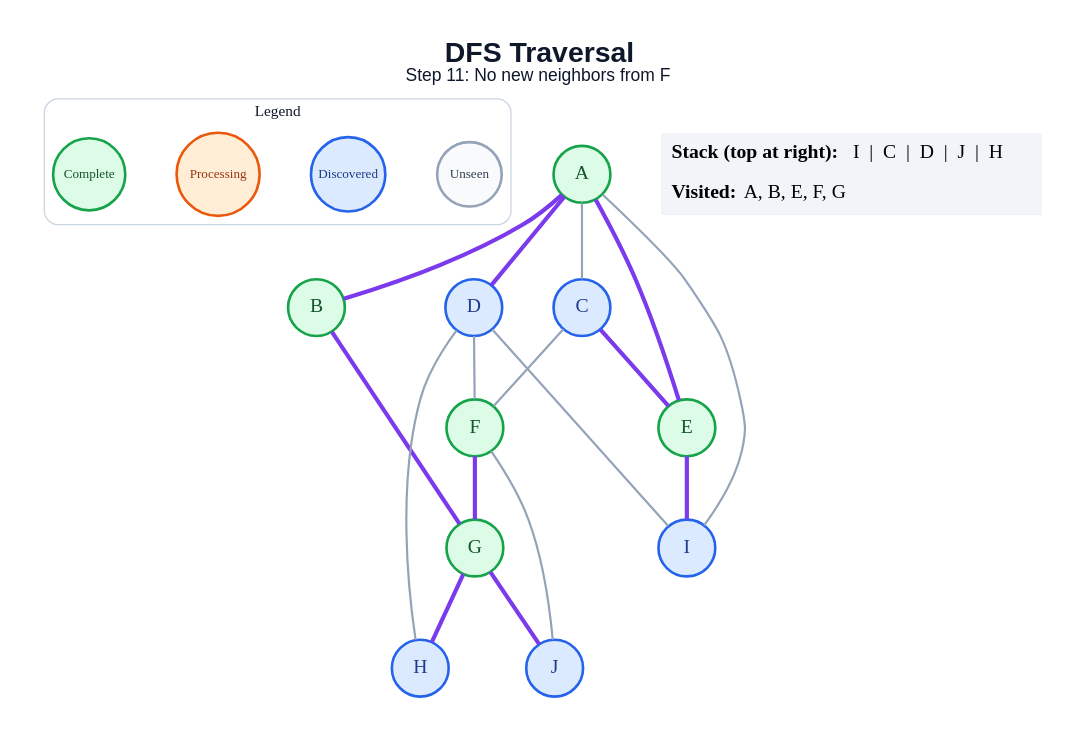
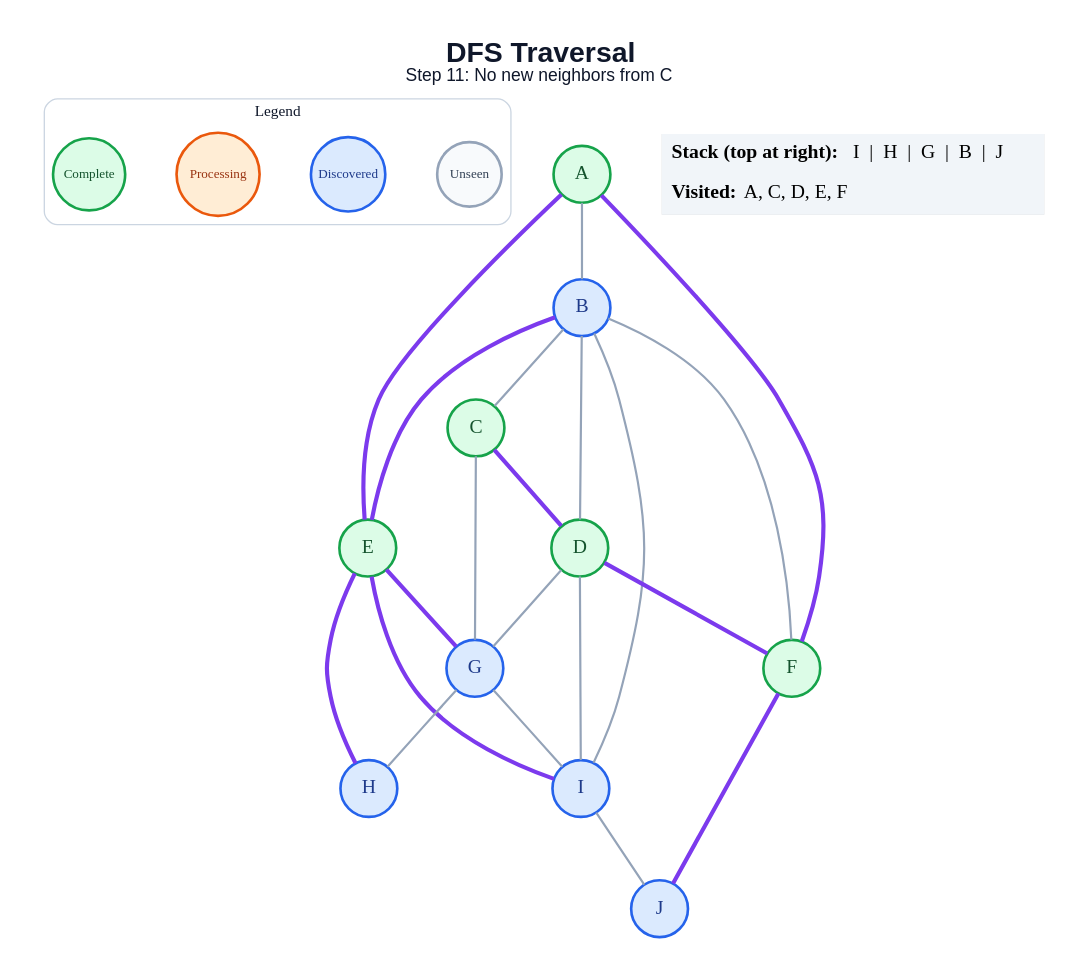
One commit to amanghodawala9/ai-slop changed the diagram in generated/specific-node/dfs/step_11.dot. Above: the diagram before and after it, drawn with Graphviz. The commit also changed 178 other files, not shown here.

```diff
--- a/generated/specific-node/dfs/step_11.dot
+++ b/generated/specific-node/dfs/step_11.dot
@@ -1,45 +1,49 @@
 graph traversal {
   graph [layout=dot, rankdir=TB, bgcolor="#FFFFFF", pad="0.35", nodesep="0.65", ranksep="0.8", fontname="Arial"];
   node [shape=circle, style="filled", fontname="Arial Bold", fontsize=18, width=0.72, fixedsize=true, penwidth=2.4];
   edge [color="#94A3B8", penwidth=2.0];
-  label=<<B>DFS Traversal</B><BR/><FONT POINT-SIZE="16">Step 11: No new neighbors from F</FONT>>; labelloc="t"; fontsize=26; fontname="Arial"; fontcolor="#0F172A";
+  label=<<B>DFS Traversal</B><BR/><FONT POINT-SIZE="16">Step 11: No new neighbors from C</FONT>>; labelloc="t"; fontsize=26; fontname="Arial"; fontcolor="#0F172A";
   subgraph cluster_legend { label="Legend"; color="#CBD5E1"; penwidth=1.2; style="rounded"; fontsize=14; fontname="Arial Bold";
     key_unseen [label="Unseen", fillcolor="#F8FAFC", color="#94A3B8", fontcolor="#334155", fontsize=12, width=0.82];
     key_frontier [label="Discovered", fillcolor="#DBEAFE", color="#2563EB", fontcolor="#1E3A8A", fontsize=12, width=0.95];
     key_current [label="Processing", fillcolor="#FFEDD5", color="#EA580C", fontcolor="#9A3412", fontsize=12, width=1.05];
     key_done [label="Complete", fillcolor="#DCFCE7", color="#16A34A", fontcolor="#14532D", fontsize=12, width=0.92];
     { rank=same; key_unseen; key_frontier; key_current; key_done; }
   }
   A [fillcolor="#DCFCE7", color="#16A34A", fontcolor="#14532D"];
-  B [fillcolor="#DCFCE7", color="#16A34A", fontcolor="#14532D"];
-  C [fillcolor="#DBEAFE", color="#2563EB", fontcolor="#1E3A8A"];
-  D [fillcolor="#DBEAFE", color="#2563EB", fontcolor="#1E3A8A"];
+  B [fillcolor="#DBEAFE", color="#2563EB", fontcolor="#1E3A8A"];
+  C [fillcolor="#DCFCE7", color="#16A34A", fontcolor="#14532D"];
+  D [fillcolor="#DCFCE7", color="#16A34A", fontcolor="#14532D"];
   E [fillcolor="#DCFCE7", color="#16A34A", fontcolor="#14532D"];
   F [fillcolor="#DCFCE7", color="#16A34A", fontcolor="#14532D"];
-  G [fillcolor="#DCFCE7", color="#16A34A", fontcolor="#14532D"];
+  G [fillcolor="#DBEAFE", color="#2563EB", fontcolor="#1E3A8A"];
   H [fillcolor="#DBEAFE", color="#2563EB", fontcolor="#1E3A8A"];
   I [fillcolor="#DBEAFE", color="#2563EB", fontcolor="#1E3A8A"];
   J [fillcolor="#DBEAFE", color="#2563EB", fontcolor="#1E3A8A"];
-  A -- B [color="#7C3AED", penwidth=3.8];
-  A -- C;
-  A -- D [color="#7C3AED", penwidth=3.8];
+  A -- B;
   A -- E [color="#7C3AED", penwidth=3.8];
-  A -- I;
-  B -- G [color="#7C3AED", penwidth=3.8];
-  C -- E [color="#7C3AED", penwidth=3.8];
-  C -- F;
-  D -- F;
-  D -- H;
+  A -- F [color="#7C3AED", penwidth=3.8];
+  B -- C;
+  B -- D;
+  B -- E [color="#7C3AED", penwidth=3.8];
+  B -- F;
+  B -- I;
+  C -- D [color="#7C3AED", penwidth=3.8];
+  C -- G;
+  D -- F [color="#7C3AED", penwidth=3.8];
+  D -- G;
   D -- I;
+  E -- G [color="#7C3AED", penwidth=3.8];
+  E -- H [color="#7C3AED", penwidth=3.8];
   E -- I [color="#7C3AED", penwidth=3.8];
-  F -- G [color="#7C3AED", penwidth=3.8];
-  F -- J;
-  G -- H [color="#7C3AED", penwidth=3.8];
-  G -- J [color="#7C3AED", penwidth=3.8];
+  F -- J [color="#7C3AED", penwidth=3.8];
+  G -- H;
+  G -- I;
+  I -- J;
   status [shape=plain, fixedsize=false, width=0, height=0, margin=0, label=<
     <TABLE BORDER="0" CELLBORDER="0" CELLPADDING="7" BGCOLOR="#F1F5F9">
-      <TR><TD ALIGN="LEFT"><B>Stack (top at right):</B> I  |  C  |  D  |  J  |  H</TD></TR>
-      <TR><TD ALIGN="LEFT"><B>Visited:</B> A, B, E, F, G</TD></TR>
+      <TR><TD ALIGN="LEFT"><B>Stack (top at right):</B> I  |  H  |  G  |  B  |  J</TD></TR>
+      <TR><TD ALIGN="LEFT"><B>Visited:</B> A, C, D, E, F</TD></TR>
     </TABLE>
   >];
 }
```
